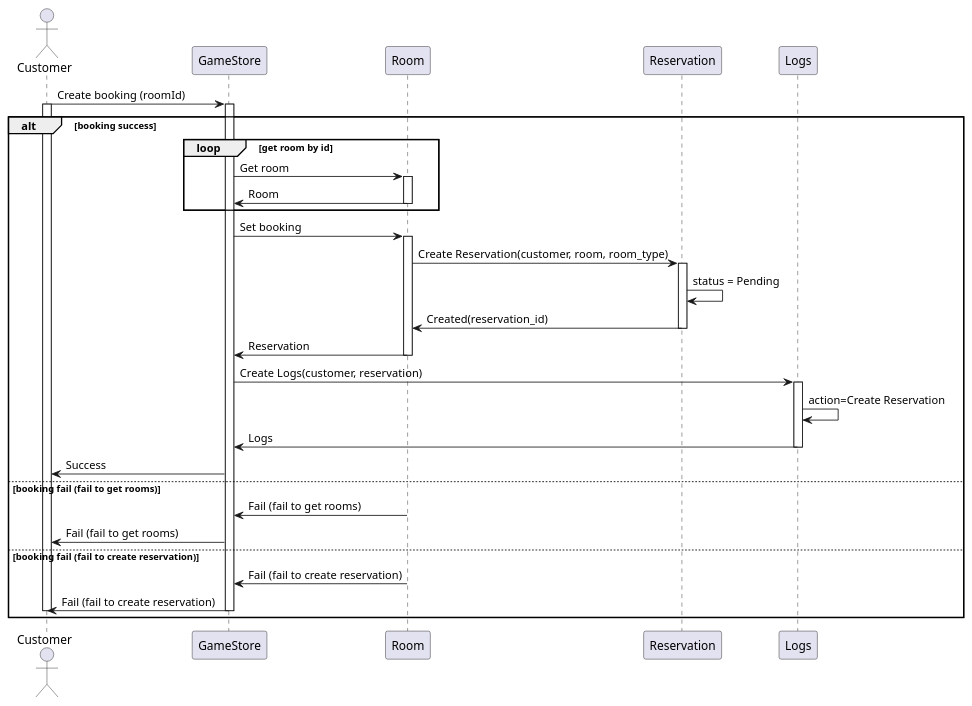
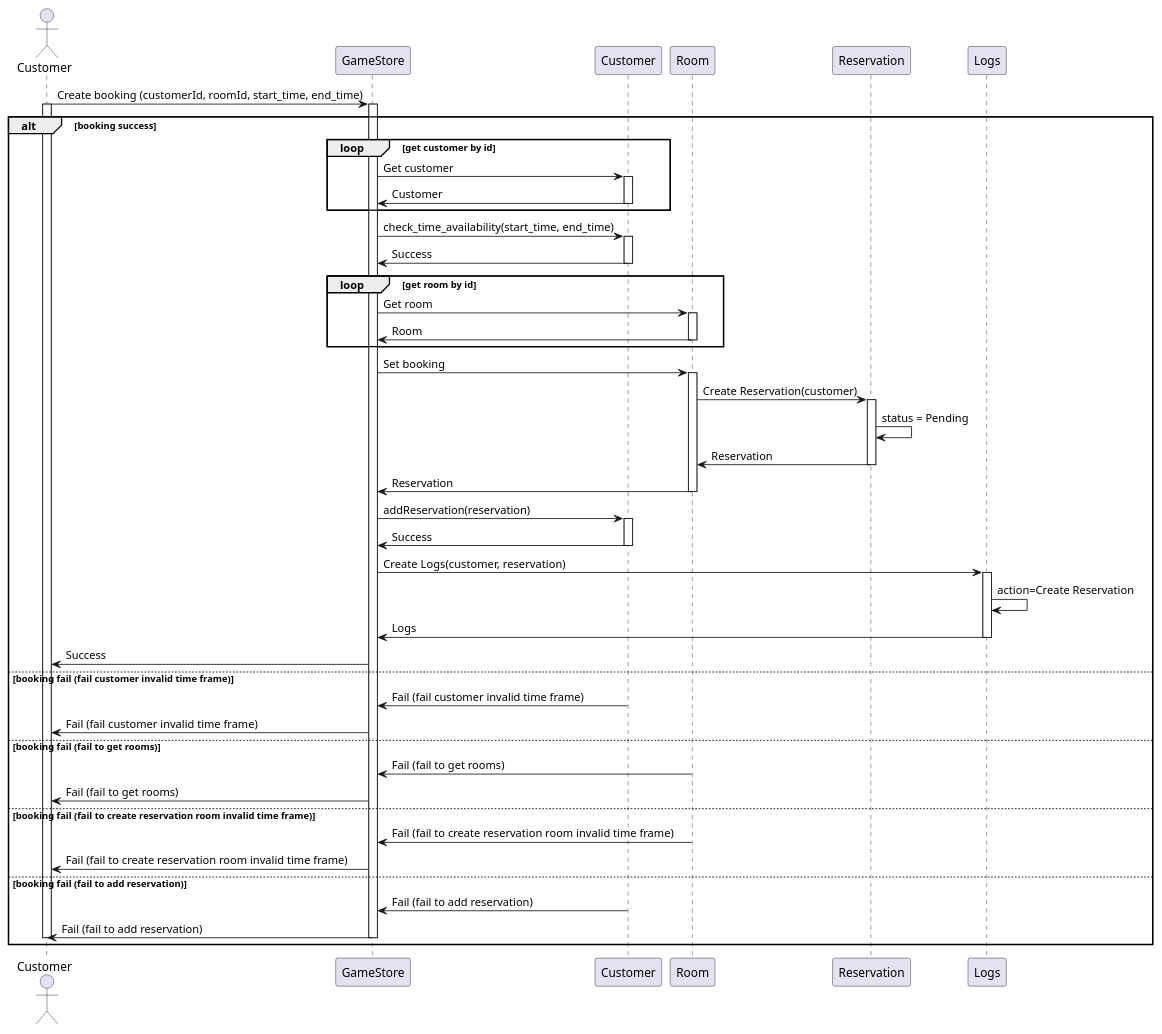
One commit to WaroonRagwongsiri/OOP changed the diagram in Lab #8 sequence diagram/diagram/booking.puml. Above: the diagram before and after it, drawn with PlantUML. The commit also changed 2 other files, not shown here.

```diff
--- a/Lab #8 sequence diagram/diagram/booking.puml
+++ b/Lab #8 sequence diagram/diagram/booking.puml
@@ -1,56 +1,95 @@
 @startuml UsecaseSequenceDiagram
 
-actor Customer
+actor Customer as A_Customer
 
-Customer -> GameStore : Create booking (roomId)
-activate Customer
+participant GameStore
+participant Customer as P_Customer
+participant Room
+participant Reservation
+participant Logs
+
+A_Customer -> GameStore : Create booking (customerId, roomId, start_time, end_time)
+activate A_Customer
 activate GameStore
 
 alt booking success
+
+	loop get customer by id
+
+		GameStore -> P_Customer: Get customer
+		activate P_Customer
+
+		P_Customer -> GameStore : Customer
+		deactivate P_Customer
+
+	end
+
+	GameStore -> P_Customer : check_time_availability(start_time, end_time)
+	activate P_Customer
+
+	P_Customer -> GameStore : Success
+	deactivate P_Customer
 
 	loop get room by id
 
 		GameStore -> Room : Get room
 		activate Room
 
 		Room -> GameStore : Room
 		deactivate Room
 
 	end
 
 	GameStore -> Room : Set booking
 	activate Room
 
-	Room -> Reservation : Create Reservation(customer, room, room_type)
+	Room -> Reservation : Create Reservation(customer)
 	activate Reservation
 	Reservation -> Reservation : status = Pending
-	Reservation -> Room : Created(reservation_id)
+	Reservation -> Room : Reservation
 	deactivate Reservation
 
 	Room -> GameStore : Reservation
 	deactivate Room
+
+	GameStore -> P_Customer : addReservation(reservation)
+	activate P_Customer
+	P_Customer -> GameStore : Success
+	deactivate P_Customer
 
 	GameStore -> Logs : Create Logs(customer, reservation)
 	activate Logs
 	Logs -> Logs : action=Create Reservation
 	Logs -> GameStore : Logs
 	deactivate Logs
 
-	GameStore -> Customer : Success
+	GameStore -> A_Customer : Success
+
+else booking fail (fail customer invalid time frame)
+
+	P_Customer -> GameStore : Fail (fail customer invalid time frame)
+	
+	GameStore -> A_Customer : Fail (fail customer invalid time frame)
 
 else booking fail (fail to get rooms)
 
 	Room -> GameStore : Fail (fail to get rooms)
-	GameStore -> Customer : Fail (fail to get rooms)
+	GameStore -> A_Customer : Fail (fail to get rooms)
 
-else booking fail (fail to create reservation)
+else booking fail (fail to create reservation room invalid time frame)
 
-	Room -> GameStore : Fail (fail to create reservation)
-	GameStore -> Customer : Fail (fail to create reservation)
+	Room -> GameStore : Fail (fail to create reservation room invalid time frame)
+	GameStore -> A_Customer : Fail (fail to create reservation room invalid time frame)
+
+else booking fail (fail to add reservation)
+
+	P_Customer -> GameStore : Fail (fail to add reservation)
+
+	GameStore -> A_Customer : Fail (fail to add reservation)
 
 	deactivate GameStore
-	deactivate Customer
+	deactivate A_Customer
 
 end
 
 @enduml
```
